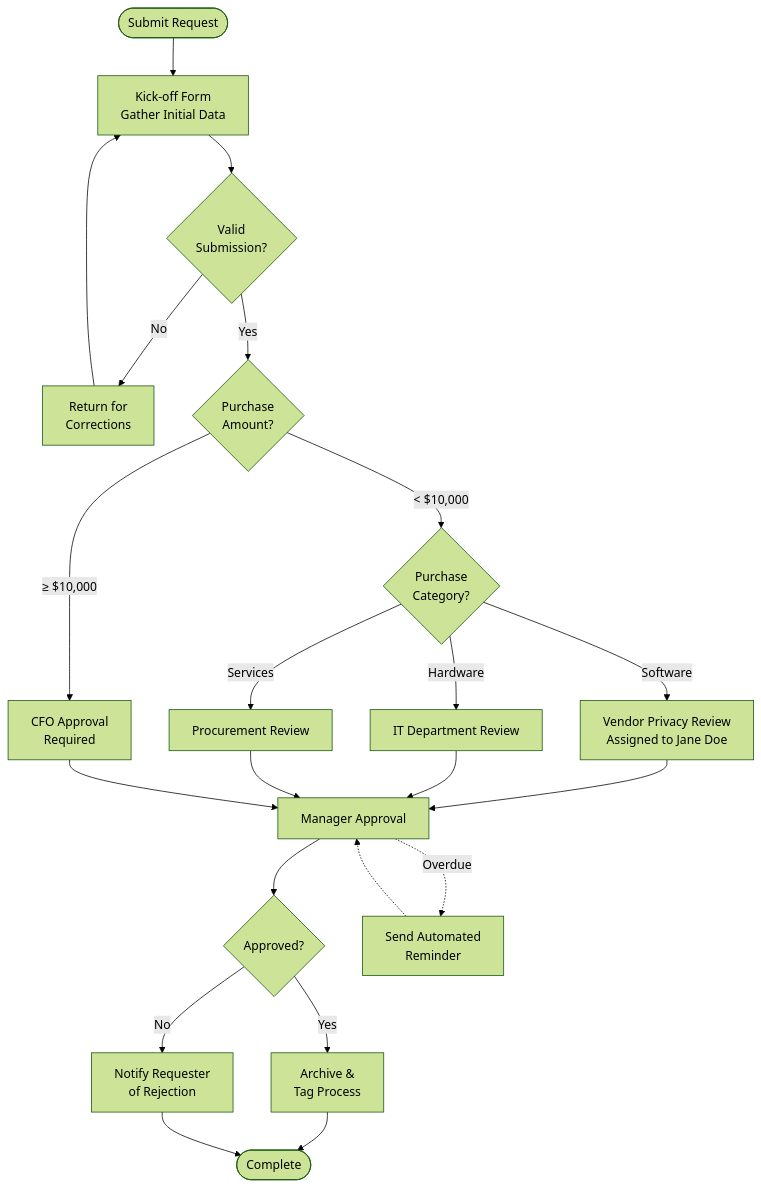
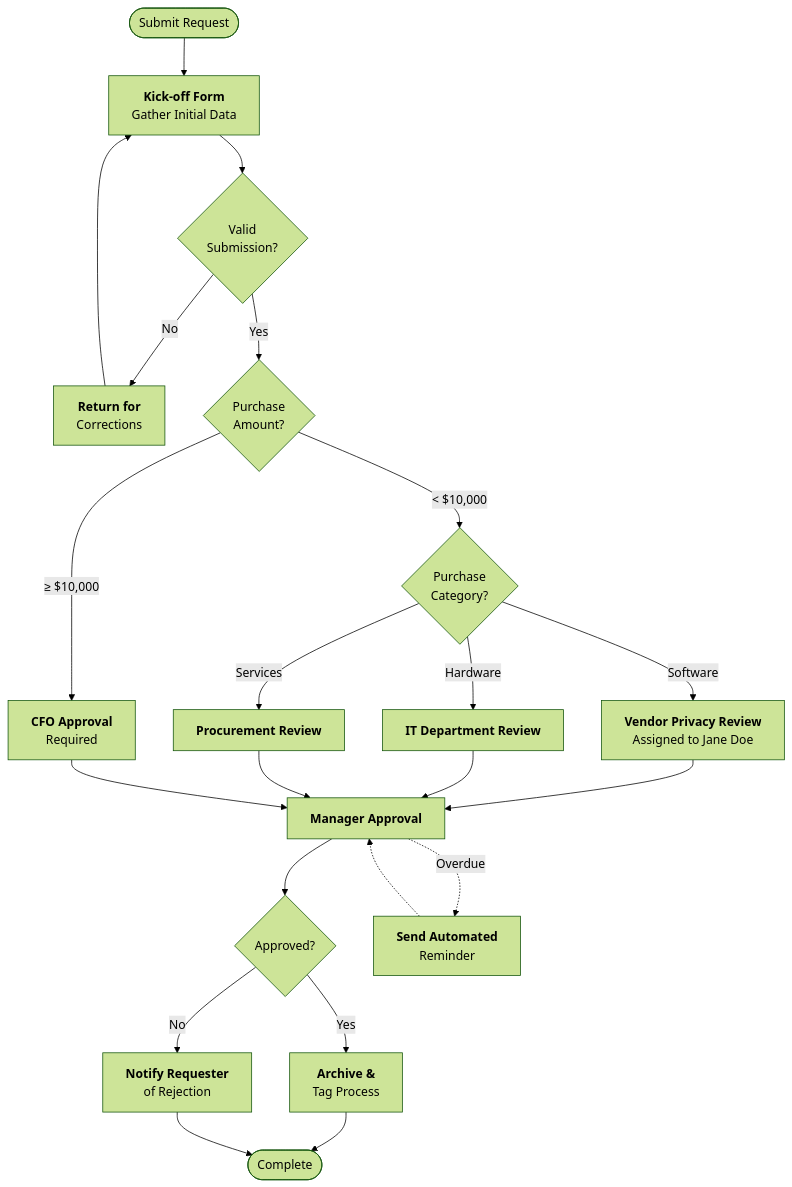
The diagram in src/content/docs/pro/tutorials/how-to/track-and-run-complex-approval-workflows.mdx (tallyfy/documentation), drawn with Mermaid before and after one commit. The commit also changed 22 other files, not shown here.

Commit message:
Adding changes to Mermaid

````diff
--- a/src/content/docs/pro/tutorials/how-to/track-and-run-complex-approval-workflows.mdx
+++ b/src/content/docs/pro/tutorials/how-to/track-and-run-complex-approval-workflows.mdx
@@ -46,39 +46,46 @@
 ```mermaid
 %%{init: {'theme':'forest'}}%%
 flowchart TD
-    Start([Submit Request]) --> Form[Kick-off Form<br/>Gather Initial Data]
+    Start([Submit Request]) --> Form["`**Kick-off Form**
+Gather Initial Data`"]
     Form --> Validate{Valid<br/>Submission?}
     
-    Validate -->|No| Return[Return for<br/>Corrections]
+    Validate -->|"`No`"| Return["`**Return for**
+Corrections`"]
     Return --> Form
     
-    Validate -->|Yes| Amount{Purchase<br/>Amount?}
+    Validate -->|"`Yes`"| Amount{Purchase<br/>Amount?}
     
-    Amount -->|< $10,000| Category{Purchase<br/>Category?}
-    Amount -->|≥ $10,000| CFO[CFO Approval<br/>Required]
+    Amount -->|"`< $10,000`"| Category{Purchase<br/>Category?}
+    Amount -->|"`≥ $10,000`"| CFO["`**CFO Approval**
+Required`"]
     
-    Category -->|Software| Privacy[Vendor Privacy Review<br/>Assigned to Jane Doe]
-    Category -->|Hardware| IT[IT Department Review]
-    Category -->|Services| Procurement[Procurement Review]
+    Category -->|"`Software`"| Privacy["`**Vendor Privacy Review**
+Assigned to Jane Doe`"]
+    Category -->|"`Hardware`"| IT["`**IT Department Review**`"]
+    Category -->|"`Services`"| Procurement["`**Procurement Review**`"]
     
-    Privacy --> Manager[Manager Approval]
+    Privacy --> Manager["`**Manager Approval**`"]
     IT --> Manager
     Procurement --> Manager
     CFO --> Manager
     
     Manager --> Decision{Approved?}
     
-    Decision -->|Yes| Archive[Archive &<br/>Tag Process]
-    Decision -->|No| Notify[Notify Requester<br/>of Rejection]
+    Decision -->|"`Yes`"| Archive["`**Archive &**
+Tag Process`"]
+    Decision -->|"`No`"| Notify["`**Notify Requester**
+of Rejection`"]
     
     Archive --> End([Complete])
     Notify --> End
     
     %% Add reminder automation
-    Manager -.->|Overdue| Reminder[Send Automated<br/>Reminder]
+    Manager -.->|Overdue| Reminder["`**Send Automated**
+Reminder`"]
     Reminder -.-> Manager
     
     click Form "/products/pro/tutorials/how-to/build-effective-forms/" "Learn about form building"
     click Manager "/products/pro/documenting/templates/automations/" "Configure automations"
     click Archive "/products/pro/tracking-and-tasks/tracker-view/organize-processes/" "Organize completed processes"
 ```
````
